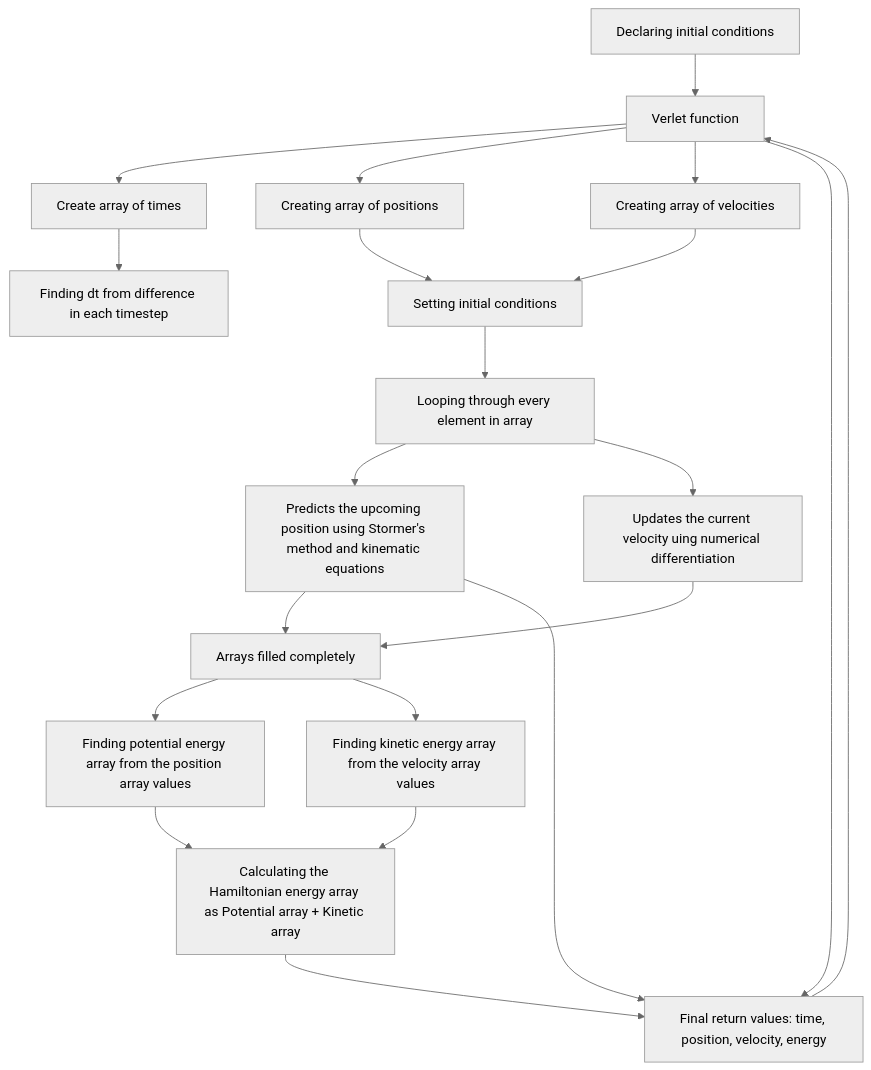
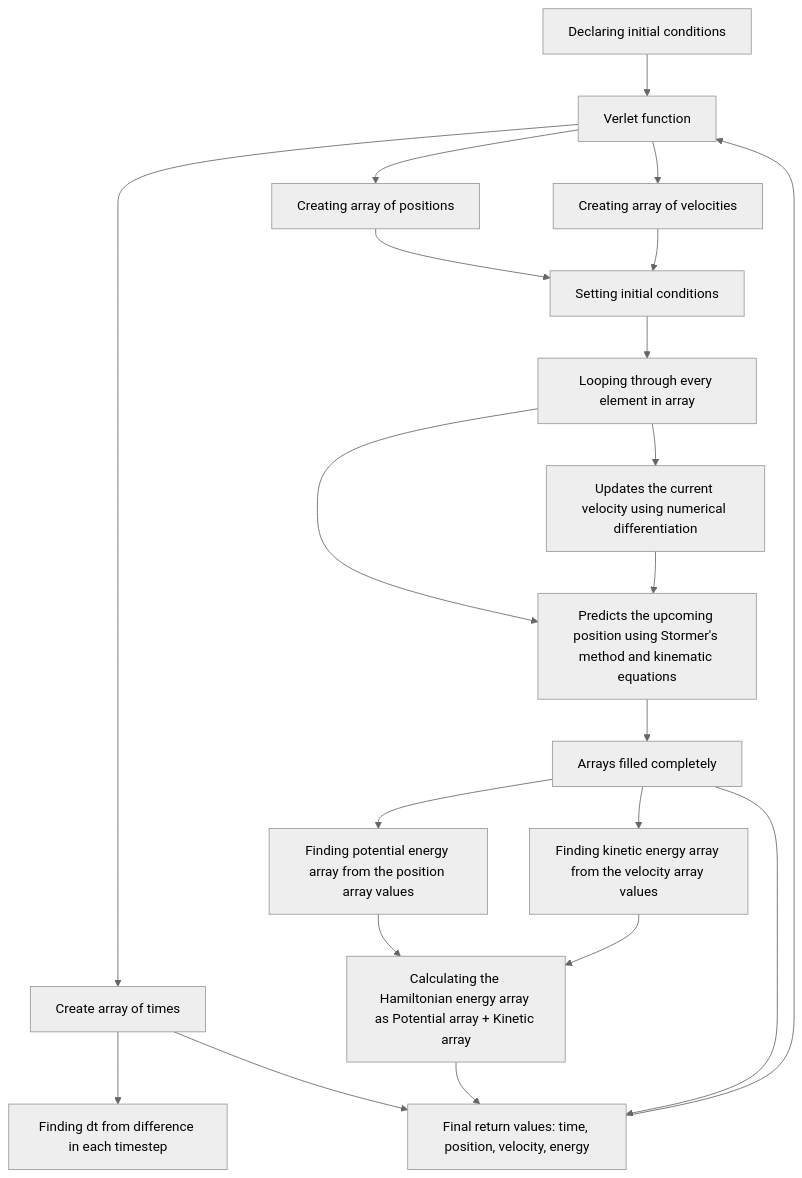
One commit to Mateo4cacheiro/PHYS4130-S25 changed the diagram in p4-ODE/ethanwhite/program/writeup/writeup.md. Above: the diagram before and after it, drawn with Mermaid (neutral theme).

Commit message:
Mermaid thing

````diff
--- a/p4-ODE/ethanwhite/program/writeup/writeup.md
+++ b/p4-ODE/ethanwhite/program/writeup/writeup.md
@@ -15,25 +15,25 @@
 ```mermaid
     graph TD
         A[Declaring initial conditions] --> B[Verlet function]
         B --> C[Create array of times] --> L[Finding dt from difference in each timestep] 
         B --> D[Creating array of positions]
         B --> E[Creating array of velocities]
         D --> F[Setting initial conditions]
         E --> F
         F --> G[Looping through every element in array]
         G --> H[Predicts the upcoming position using Stormer's method and kinematic equations]
-        G --> J[Updates the current velocity uing numerical differentiation]
+        G --> J[Updates the current velocity using numerical differentiation]
         H --> K[Arrays filled completely]
-        J --> K
+        J --> H
         K --> M[Finding potential energy array from the position array values]
         K --> N[Finding kinetic energy array from the velocity array values]
         M --> P[Calculating the Hamiltonian energy array as Potential array + Kinetic array]
         N --> P
 
         P --> T[Final return values: time, position, velocity, energy]
-        B --> T
-        H --> T
+        C --> T
+        K --> T
         T --> B
 
 
 ```
````
